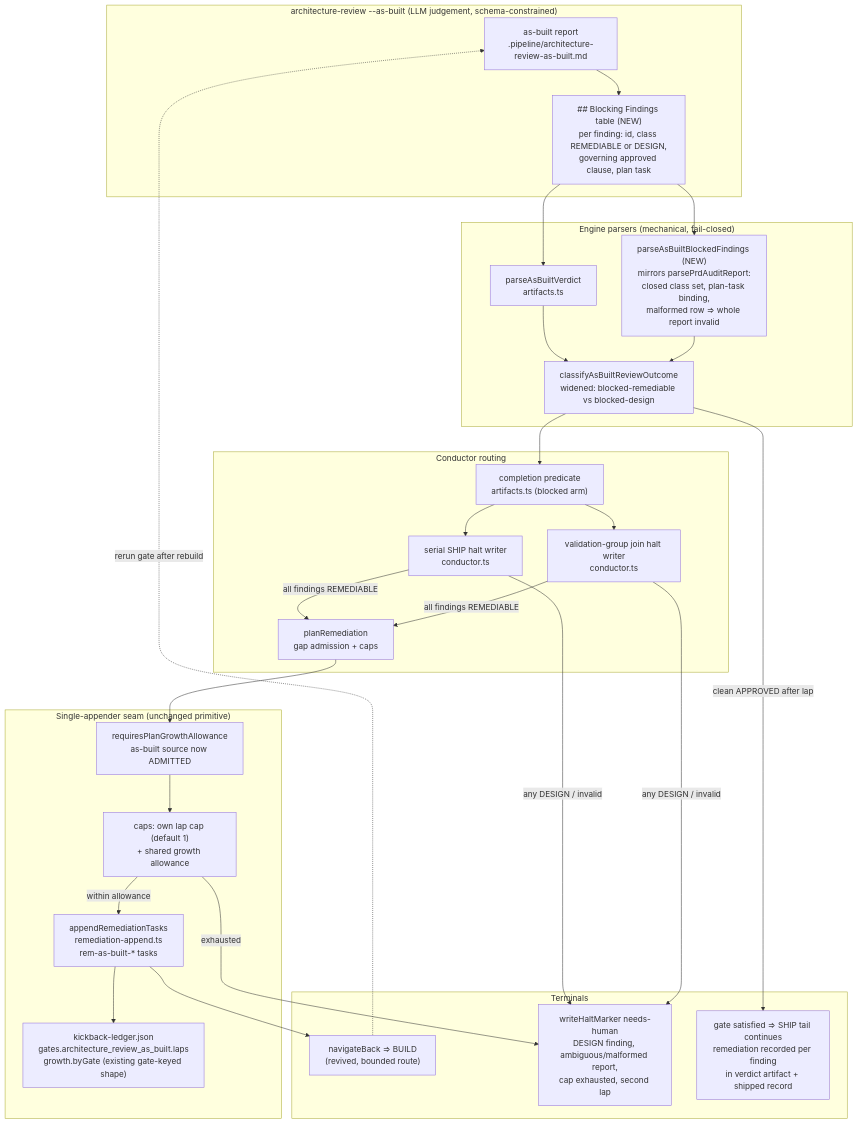
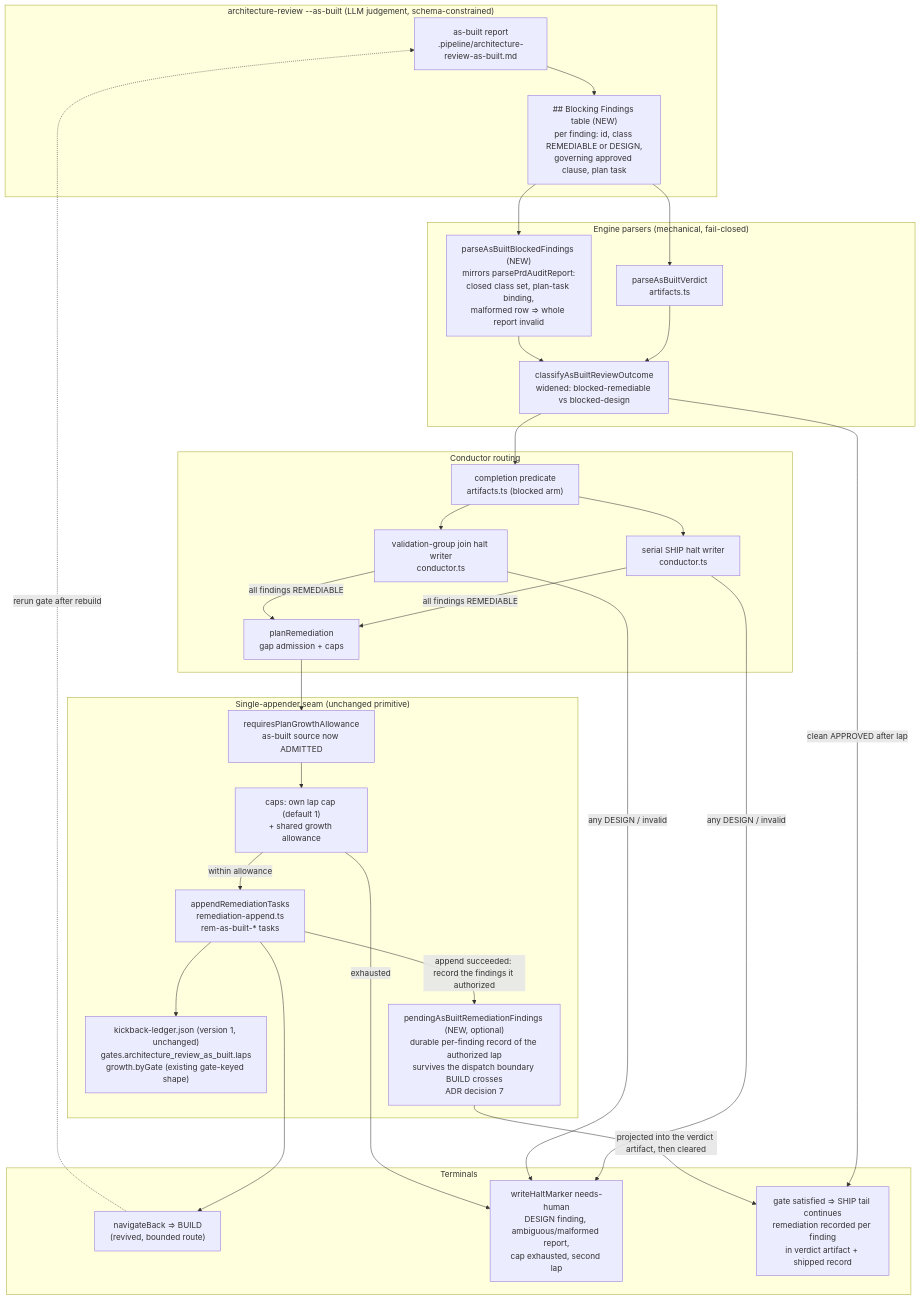
One commit to jstoup111/ai-conductor changed the diagram in .docs/architecture/every-as-built-blocked-verdict-halts-needs-human-i.md. Above: the diagram before and after it, drawn with Mermaid. The commit also changed other lines of this file and 2 other files, not shown here.

First line of the commit message:
docs(adr): approve cross-restart pending-finding durability (D7)

````diff
--- a/.docs/architecture/every-as-built-blocked-verdict-halts-needs-human-i.md
+++ b/.docs/architecture/every-as-built-blocked-verdict-halts-needs-human-i.md
@@ -11,50 +11,53 @@
 ```mermaid
 graph TD
     subgraph Skill["architecture-review --as-built (LLM judgement, schema-constrained)"]
         REPORT["as-built report<br/>.pipeline/architecture-review-as-built.md"]
         FTABLE["## Blocking Findings table (NEW)<br/>per finding: id, class REMEDIABLE or DESIGN,<br/>governing approved clause, plan task"]
         REPORT --> FTABLE
     end
 
     subgraph Parser["Engine parsers (mechanical, fail-closed)"]
         PV["parseAsBuiltVerdict<br/>artifacts.ts"]
         PF["parseAsBuiltBlockedFindings (NEW)<br/>mirrors parsePrdAuditReport:<br/>closed class set, plan-task binding,<br/>malformed row => whole report invalid"]
         CLS["classifyAsBuiltReviewOutcome<br/>widened: blocked-remediable vs blocked-design"]
     end
 
     subgraph Routing["Conductor routing"]
         COMP["completion predicate<br/>artifacts.ts (blocked arm)"]
         SERIAL["serial SHIP halt writer<br/>conductor.ts"]
         GROUP["validation-group join halt writer<br/>conductor.ts"]
         PR["planRemediation<br/>gap admission + caps"]
     end
 
     subgraph Appender["Single-appender seam (unchanged primitive)"]
         ALLOW["requiresPlanGrowthAllowance<br/>as-built source now ADMITTED"]
         APPEND["appendRemediationTasks<br/>remediation-append.ts<br/>rem-as-built-* tasks"]
-        LEDGER["kickback-ledger.json<br/>gates.architecture_review_as_built.laps<br/>growth.byGate (existing gate-keyed shape)"]
+        LEDGER["kickback-ledger.json (version 1, unchanged)<br/>gates.architecture_review_as_built.laps<br/>growth.byGate (existing gate-keyed shape)"]
+        PENDING["pendingAsBuiltRemediationFindings (NEW, optional)<br/>durable per-finding record of the authorized lap<br/>survives the dispatch boundary BUILD crosses<br/>ADR decision 7"]
         CAPS["caps: own lap cap (default 1)<br/>+ shared growth allowance"]
     end
 
     subgraph Terminals["Terminals"]
         BUILD["navigateBack => BUILD<br/>(revived, bounded route)"]
         HALT["writeHaltMarker needs-human<br/>DESIGN finding, ambiguous/malformed report,<br/>cap exhausted, second lap"]
         SHIP["gate satisfied => SHIP tail continues<br/>remediation recorded per finding<br/>in verdict artifact + shipped record"]
     end
 
     FTABLE --> PV --> CLS
     FTABLE --> PF --> CLS
     CLS --> COMP
     COMP --> SERIAL
     COMP --> GROUP
     SERIAL -->|all findings REMEDIABLE| PR
     GROUP -->|all findings REMEDIABLE| PR
     SERIAL -->|any DESIGN / invalid| HALT
     GROUP -->|any DESIGN / invalid| HALT
     PR --> ALLOW --> CAPS
     CAPS -->|within allowance| APPEND --> LEDGER
+    APPEND -->|append succeeded: record the findings it authorized| PENDING
     APPEND --> BUILD
     CAPS -->|exhausted| HALT
     BUILD -.->|rerun gate after rebuild| REPORT
     CLS -->|clean APPROVED after lap| SHIP
+    PENDING -->|projected into the verdict artifact, then cleared| SHIP
 ```
````
